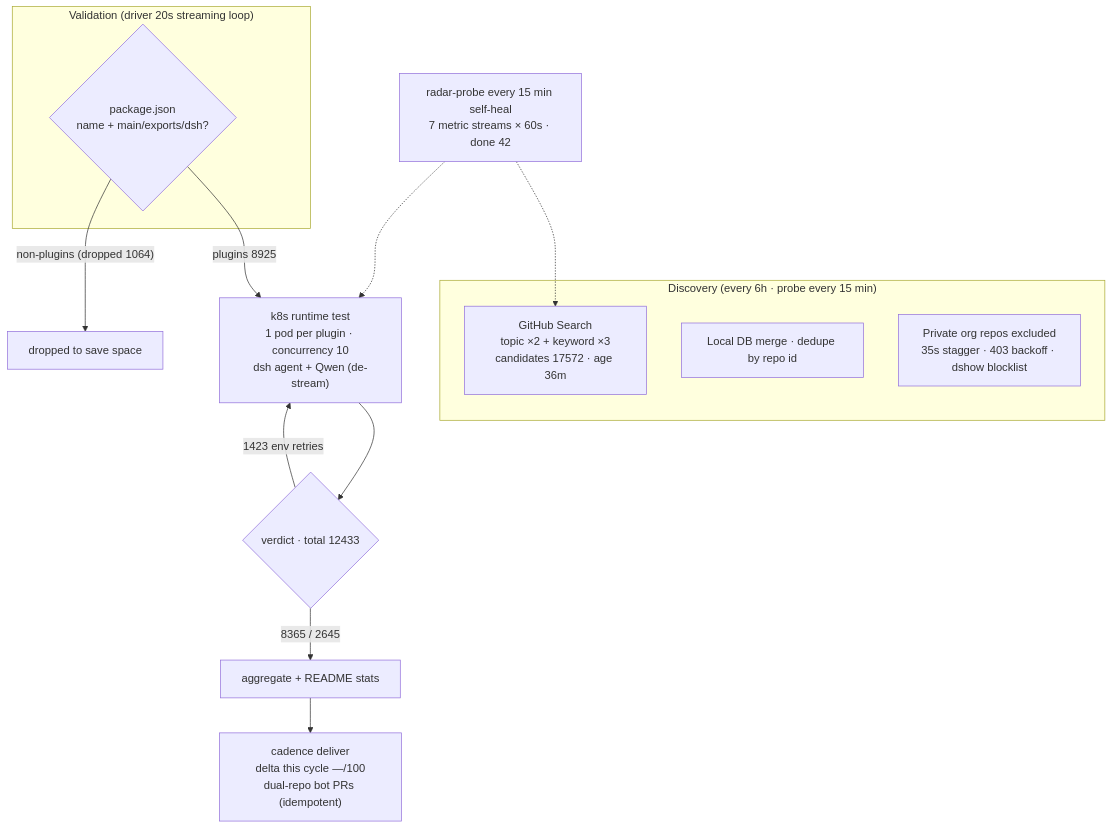
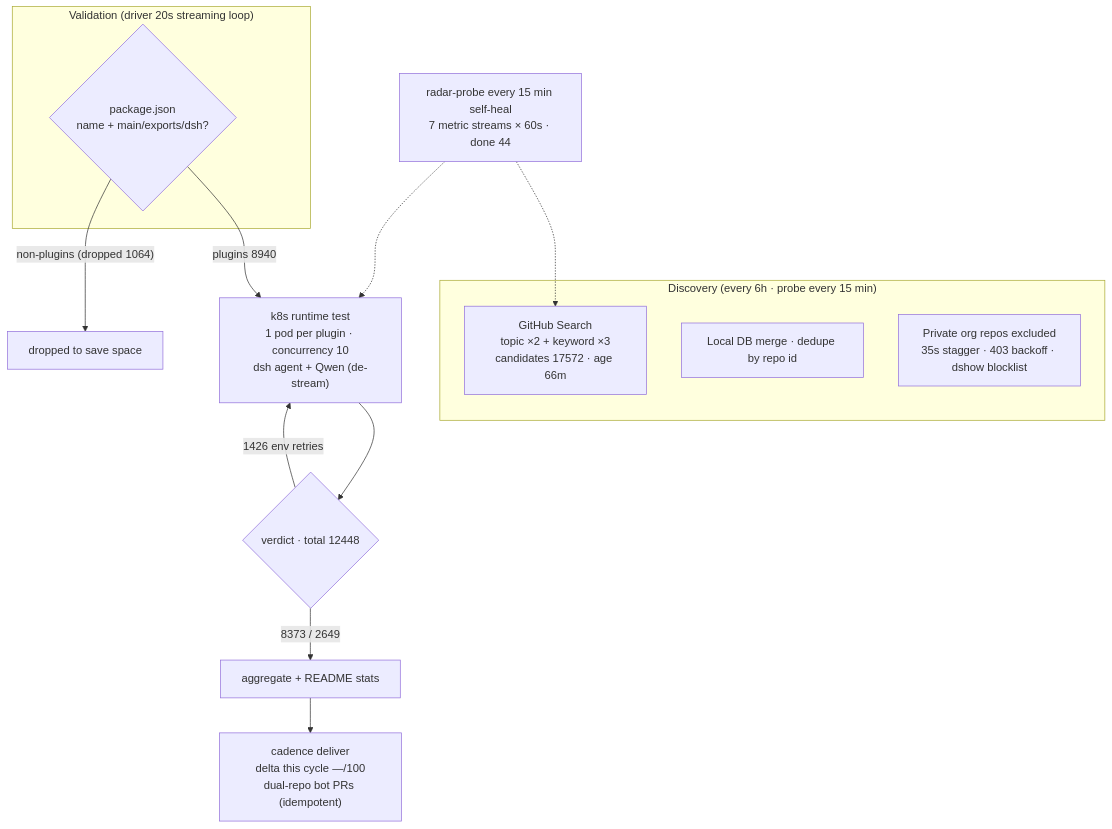
Before and after one commit to AdamPlatin123/awesome-dsh-plugins: the diagram in README.en-US.md, drawn with Mermaid. The commit also changed other lines of this file and 5 other files, not shown here.

````diff
--- a/README.en-US.md
+++ b/README.en-US.md
@@ -45,20 +45,20 @@
 ```mermaid
 flowchart TB
     subgraph Discovery["Discovery (every 6h · probe every 15 min)"]
-        A1["GitHub Search<br/>topic ×2 + keyword ×3<br/>candidates 17572 · age 36m"]
+        A1["GitHub Search<br/>topic ×2 + keyword ×3<br/>candidates 17572 · age 66m"]
         A2["Local DB merge · dedupe by repo id"]
         A3["Private org repos excluded<br/>35s stagger · 403 backoff · dshow blocklist"]
     end
     subgraph Validation["Validation (driver 20s streaming loop)"]
         B1{"package.json<br/>name + main/exports/dsh?"}
     end
-    B1 -->|"plugins 8925"| C1["k8s runtime test<br/>1 pod per plugin · concurrency 10<br/>dsh agent + Qwen (de-stream)"]
+    B1 -->|"plugins 8940"| C1["k8s runtime test<br/>1 pod per plugin · concurrency 10<br/>dsh agent + Qwen (de-stream)"]
     B1 -->|"non-plugins (dropped 1064)"| B3["dropped to save space"]
-    C1 --> D1{"verdict · total 12433"}
-    D1 -->|"8365 / 2645"| E1["aggregate + README stats"]
-    D1 -->|"1423 env retries"| C1
+    C1 --> D1{"verdict · total 12448"}
+    D1 -->|"8373 / 2649"| E1["aggregate + README stats"]
+    D1 -->|"1426 env retries"| C1
     E1 --> E2["cadence deliver<br/>delta this cycle —/100<br/>dual-repo bot PRs (idempotent)"]
-    M["radar-probe every 15 min self-heal<br/>7 metric streams × 60s · done 42"]
+    M["radar-probe every 15 min self-heal<br/>7 metric streams × 60s · done 44"]
     M -.-> A1
     M -.-> C1
 ```
````
